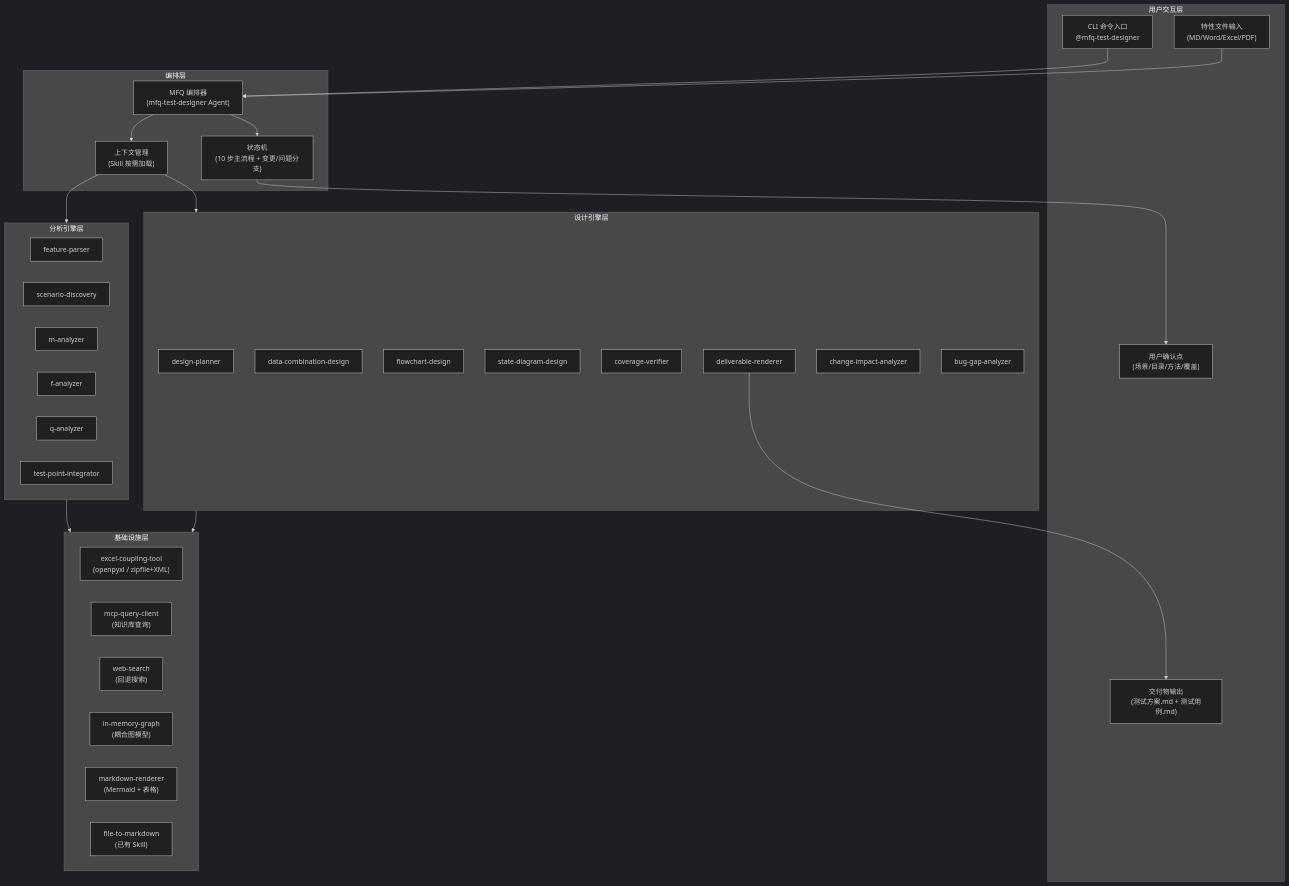
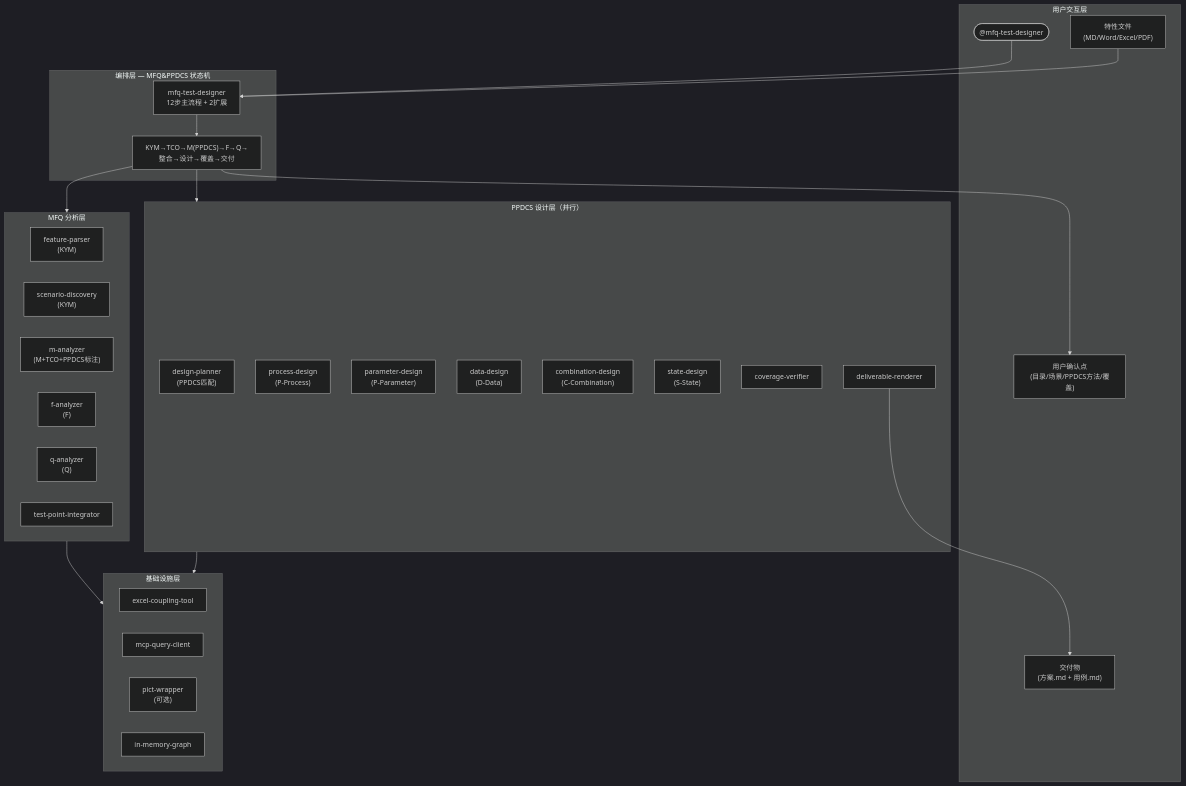
The diagram in .workflow-meta/SOLUTION-OPTIONS.md (hyde-zhao/meta-flow), drawn with Mermaid (dark theme) before and after one commit. The commit also changed other lines of this file and 24 other files, not shown here.

First line of the commit message:
feat(v2): integrate PPDCS framework - 5 design methods, 16 Skills

````diff
--- a/.workflow-meta/SOLUTION-OPTIONS.md
+++ b/.workflow-meta/SOLUTION-OPTIONS.md
@@ -70,55 +223,51 @@
 ```mermaid
 graph TB
     subgraph L1["用户交互层"]
-        CLI["CLI 命令入口<br/>@mfq-test-designer"]
-        FileIn["特性文件输入<br/>(MD/Word/Excel/PDF)"]
-        FileOut["交付物输出<br/>(测试方案.md + 测试用例.md)"]
-        UserConfirm["用户确认点<br/>(场景/目录/方法/覆盖)"]
+        CLI(["@mfq-test-designer"])
+        FileIn["特性文件<br/>(MD/Word/Excel/PDF)"]
+        FileOut["交付物<br/>(方案.md + 用例.md)"]
+        Confirm["用户确认点<br/>(目录/场景/PPDCS方法/覆盖)"]
     end
 
-    subgraph L2["编排层"]
-        Orch["MFQ 编排器<br/>(mfq-test-designer Agent)"]
-        SM["状态机<br/>(10 步主流程 + 变更/问题分支)"]
-        CtxMgr["上下文管理<br/>(Skill 按需加载)"]
+    subgraph L2["编排层 — MFQ&PPDCS 状态机"]
+        Agent["mfq-test-designer<br/>12步主流程 + 2扩展"]
+        SM["KYM→TCO→M(PPDCS)→F→Q→整合→设计→覆盖→交付"]
     end
 
-    subgraph L3["分析引擎层"]
-        FP["feature-parser"]
-        SD["scenario-discovery"]
-        MA["m-analyzer"]
-        FA["f-analyzer"]
-        QA["q-analyzer"]
+    subgraph L3["MFQ 分析层"]
+        FP["feature-parser<br/>(KYM)"]
+        SD["scenario-discovery<br/>(KYM)"]
+        MA["m-analyzer<br/>(M+TCO+PPDCS标注)"]
+        FA["f-analyzer<br/>(F)"]
+        QA["q-analyzer<br/>(Q)"]
         TPI["test-point-integrator"]
     end
 
-    subgraph L4["设计引擎层"]
-        DP["design-planner"]
-        DCD["data-combination-design"]
-        FCD["flowchart-design"]
-        SDD["state-diagram-design"]
+    subgraph L4["PPDCS 设计层（并行）"]
+        DP["design-planner<br/>(PPDCS匹配)"]
+        ProcD["process-design<br/>(P-Process)"]
+        ParaD["parameter-design<br/>(P-Parameter)"]
+        DataD["data-design<br/>(D-Data)"]
+        CombD["combination-design<br/>(C-Combination)"]
+        StateD["state-design<br/>(S-State)"]
         CV["coverage-verifier"]
         DR["deliverable-renderer"]
-        CIA["change-impact-analyzer"]
-        BGA["bug-gap-analyzer"]
     end
 
     subgraph L5["基础设施层"]
-        ExcelRW["excel-coupling-tool<br/>(openpyxl / zipfile+XML)"]
-        MCP["mcp-query-client<br/>(知识库查询)"]
-        WS["web-search<br/>(回退搜索)"]
-        GM["in-memory-graph<br/>(耦合图模型)"]
-        MDR["markdown-renderer<br/>(Mermaid + 表格)"]
-        FTM["file-to-markdown<br/>(已有 Skill)"]
+        ExcelRW["excel-coupling-tool"]
+        MCP["mcp-query-client"]
+        PICT["pict-wrapper<br/>(可选)"]
+        GM["in-memory-graph"]
     end
 
-    CLI --> Orch
-    FileIn --> Orch
-    Orch --> SM
-    Orch --> CtxMgr
-    CtxMgr --> L3
-    CtxMgr --> L4
-    SM --> UserConfirm
+    CLI --> Agent
+    FileIn --> Agent
+    Agent --> SM
+    SM --> L3
+    SM --> L4
     L3 --> L5
     L4 --> L5
     DR --> FileOut
+    SM --> Confirm
 ```
````
